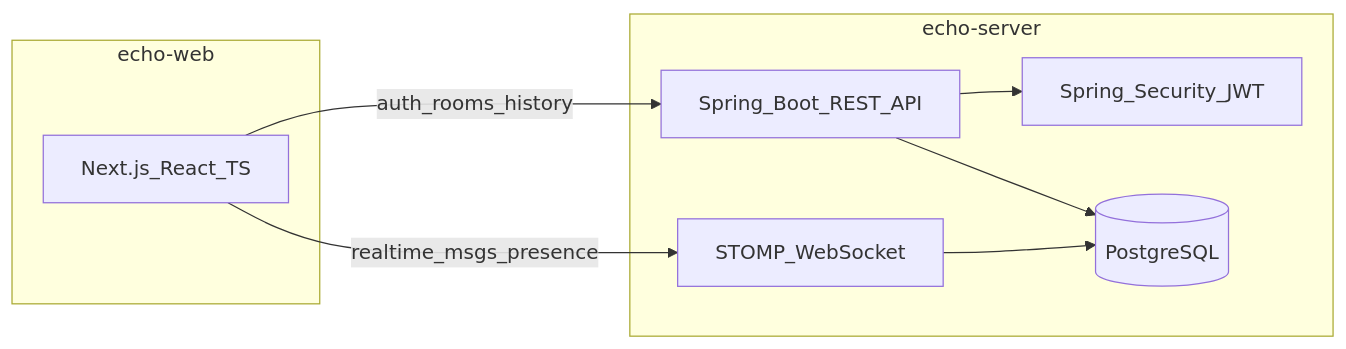
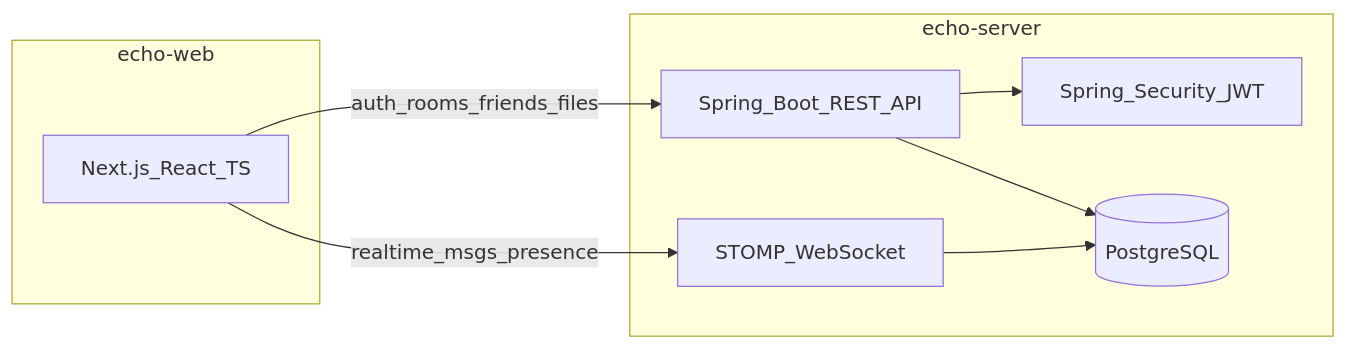
One commit to hyeonklab/Echo changed the diagram in README.md. Above: the diagram before and after it, drawn with Mermaid. The commit also changed other lines of this file and 8 other files, not shown here.

````diff
--- a/README.md
+++ b/README.md
@@ -62,17 +99,17 @@
 ```mermaid
 flowchart LR
     subgraph client [echo-web]
         Next[Next.js_React_TS]
     end
     subgraph server [echo-server]
         API[Spring_Boot_REST_API]
         WS[STOMP_WebSocket]
         Auth[Spring_Security_JWT]
         DB[(PostgreSQL)]
     end
-    Next -->|auth_rooms_history| API
+    Next -->|auth_rooms_friends_files| API
     Next -->|realtime_msgs_presence| WS
     API --> Auth
     API --> DB
     WS --> DB
 ```
````
